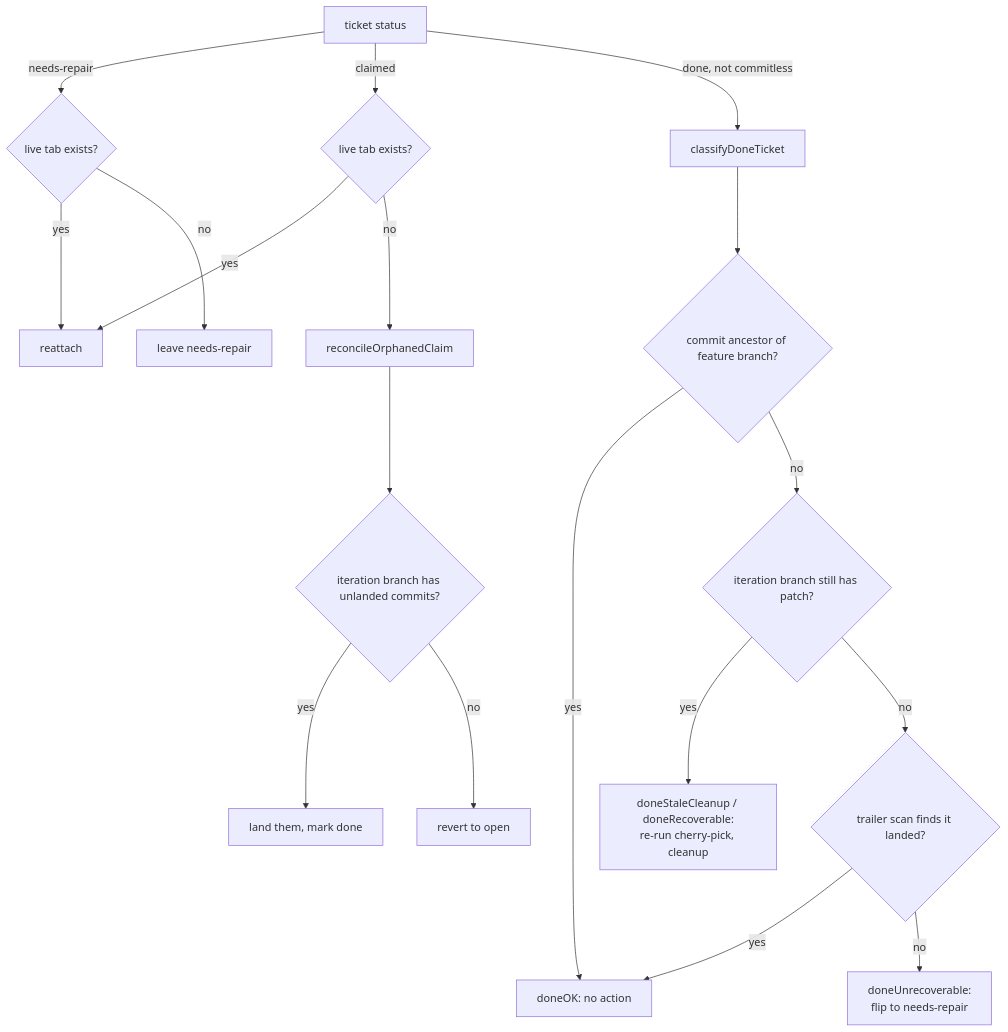
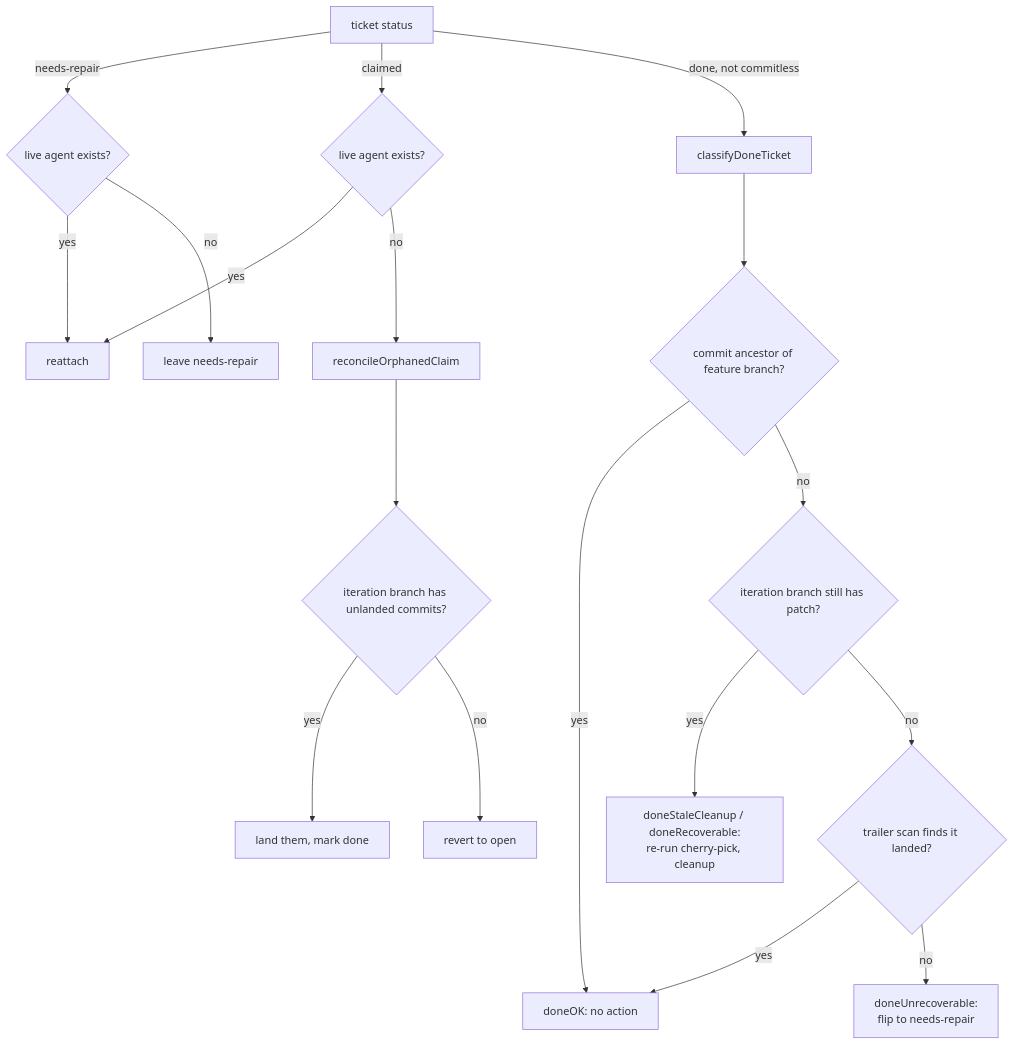
Before and after one commit to elentok/gx: the second of 6 diagrams in docs/ralph-loop-queue-orchestrator.md, drawn with Mermaid. The commit also changed other lines of this file and 1 other file, not shown here.

````diff
--- a/docs/ralph-loop-queue-orchestrator.md
+++ b/docs/ralph-loop-queue-orchestrator.md
@@ -120,20 +120,20 @@
 ```mermaid
 flowchart TD
-    A[ticket status] -->|needs-repair| B{live tab exists?}
+    A[ticket status] -->|needs-repair| B{live agent exists?}
     B -->|yes| C[reattach]
     B -->|no| D[leave needs-repair]
-    A -->|claimed| E{live tab exists?}
+    A -->|claimed| E{live agent exists?}
     E -->|yes| C
     E -->|no| F[reconcileOrphanedClaim]
     F --> G{iteration branch has unlanded commits?}
     G -->|yes| H[land them, mark done]
     G -->|no| I[revert to open]
     A -->|done, not commitless| J[classifyDoneTicket]
     J --> K{commit ancestor of feature branch?}
     K -->|yes| L[doneOK: no action]
     K -->|no| M{iteration branch still has patch?}
     M -->|yes| N[doneStaleCleanup / doneRecoverable:\nre-run cherry-pick, cleanup]
     M -->|no| O{trailer scan finds it landed?}
     O -->|yes| L
     O -->|no| P[doneUnrecoverable:\nflip to needs-repair]
 ```
````
